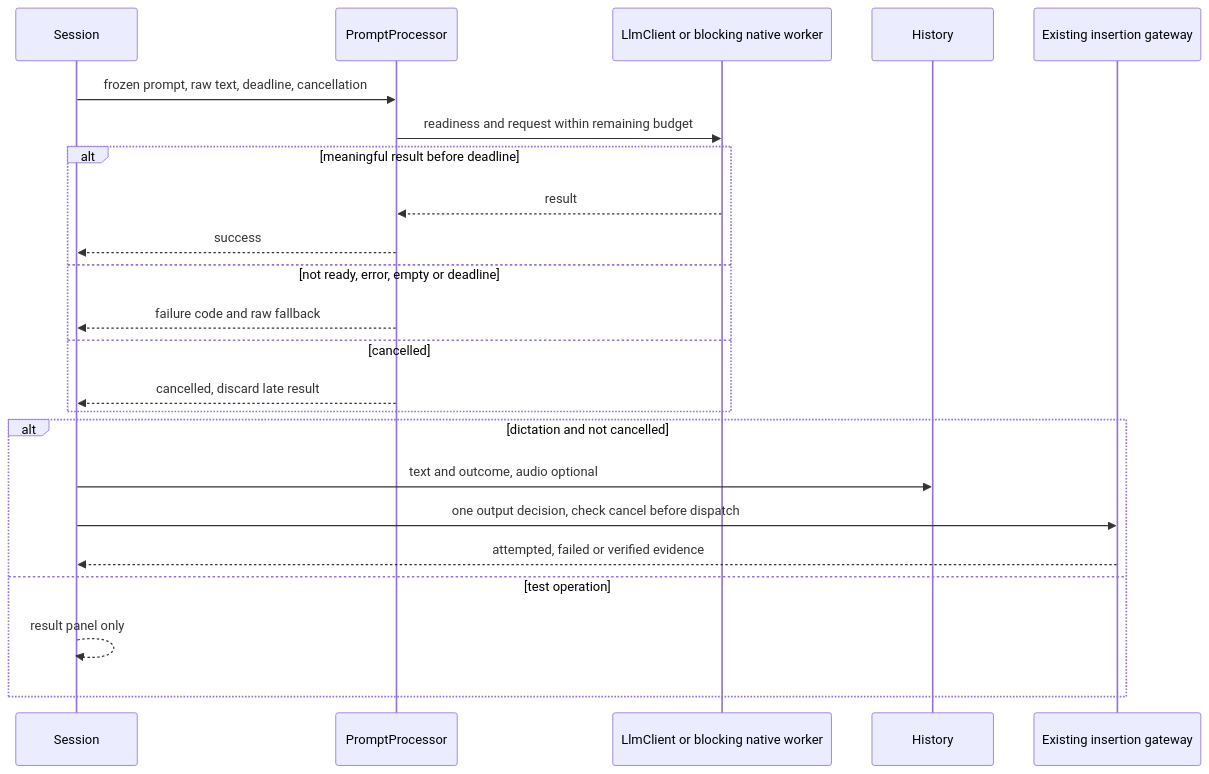
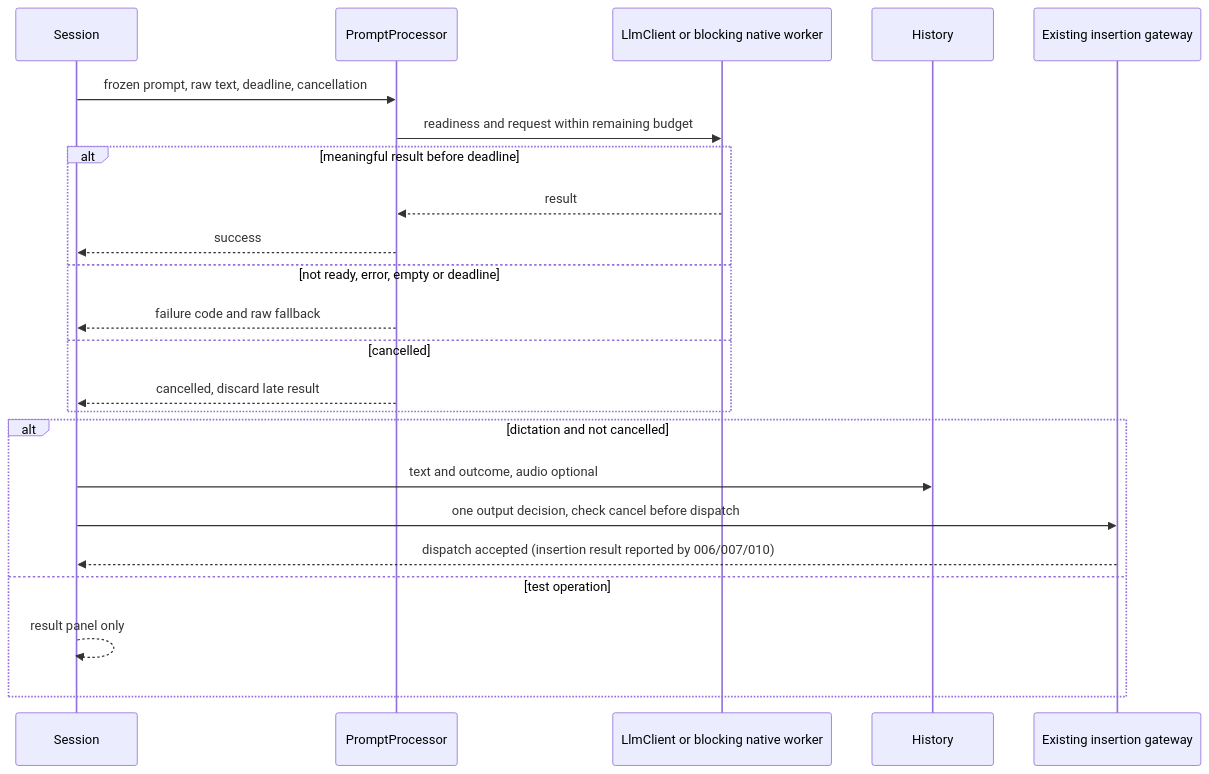
One commit to julien-m/handy changed the second of 4 diagrams in .specs/features/005-custom-ai-prompts/plan.md. Above: the diagram before and after it, drawn with Mermaid. The commit also changed other lines of this file and 3 other files, not shown here.

````diff
--- a/.specs/features/005-custom-ai-prompts/plan.md
+++ b/.specs/features/005-custom-ai-prompts/plan.md
@@ -191,25 +219,25 @@
 ```mermaid
 sequenceDiagram
   participant Session
   participant AI as PromptProcessor
   participant LLM as LlmClient or blocking native worker
   participant History
   participant Output as Existing insertion gateway
   Session->>AI: frozen prompt, raw text, deadline, cancellation
   AI->>LLM: readiness and request within remaining budget
   alt meaningful result before deadline
     LLM-->>AI: result
     AI-->>Session: success
   else not ready, error, empty or deadline
     AI-->>Session: failure code and raw fallback
   else cancelled
     AI-->>Session: cancelled, discard late result
   end
   alt dictation and not cancelled
     Session->>History: text and outcome, audio optional
     Session->>Output: one output decision, check cancel before dispatch
-    Output-->>Session: attempted, failed or verified evidence
+    Output-->>Session: dispatch accepted (insertion result reported by 006/007/010)
   else test operation
     Session-->>Session: result panel only
   end
 ```
````
